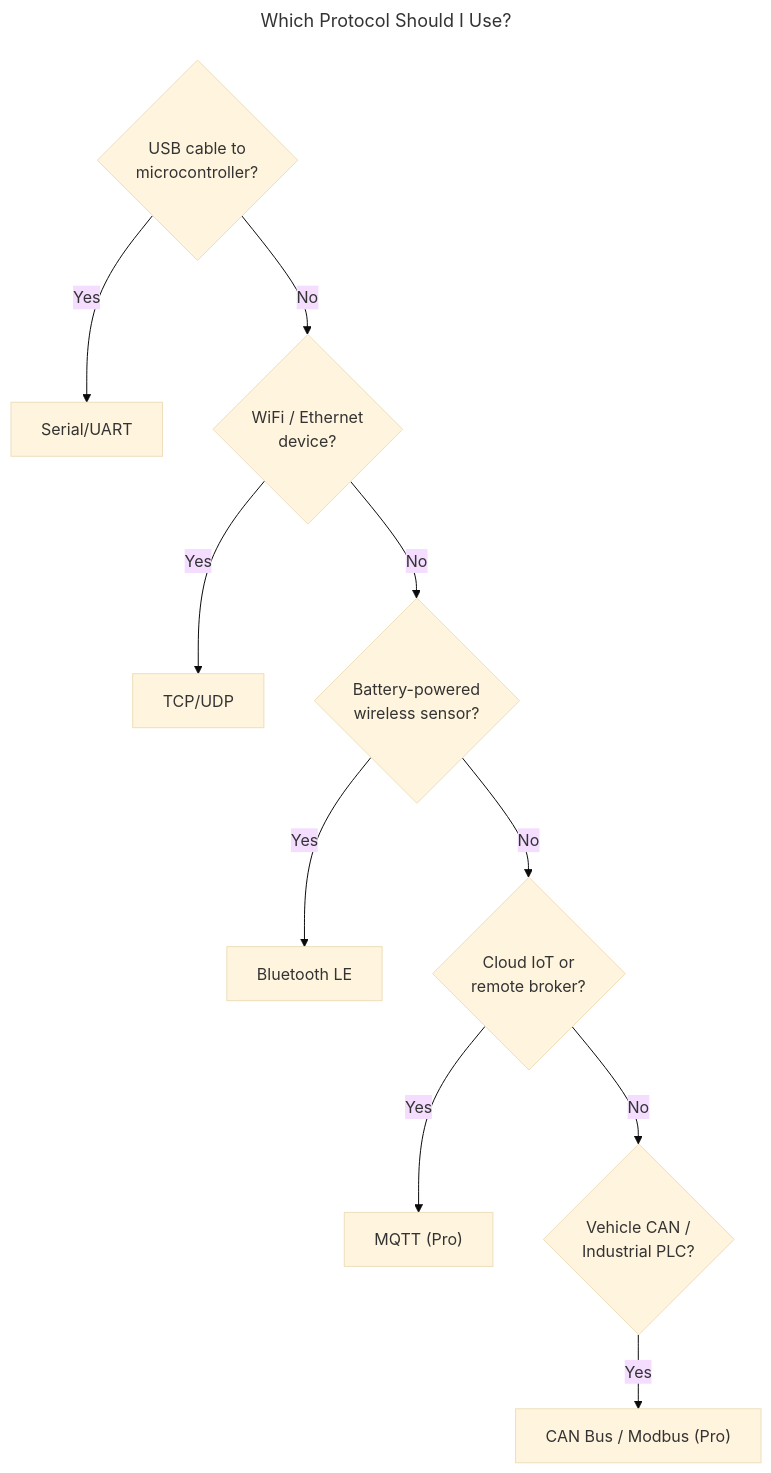
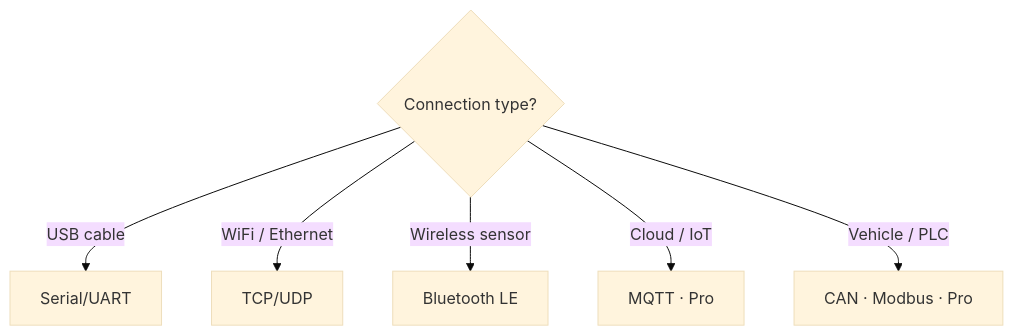
One commit to Serial-Studio/Serial-Studio changed the diagram in doc/help/Communication-Protocols.md. Above: the diagram before and after it, drawn with Mermaid (base theme). The commit also changed other lines of this file and 11 other files, not shown here.

````diff
--- a/doc/help/Communication-Protocols.md
+++ b/doc/help/Communication-Protocols.md
@@ -31,15 +9,9 @@
 ```mermaid
----
-title: Which Protocol Should I Use?
----
 flowchart TD
-  Q1{"USB cable to\nmicrocontroller?"} -->|Yes| A1["Serial/UART"]
-  Q1 -->|No| Q2{"WiFi / Ethernet\ndevice?"}
-  Q2 -->|Yes| A2["TCP/UDP"]
-  Q2 -->|No| Q3{"Battery-powered\nwireless sensor?"}
-  Q3 -->|Yes| A3["Bluetooth LE"]
-  Q3 -->|No| Q4{"Cloud IoT or\nremote broker?"}
-  Q4 -->|Yes| A4["MQTT (Pro)"]
-  Q4 -->|No| Q5{"Vehicle CAN /\nIndustrial PLC?"}
-  Q5 -->|Yes| A5["CAN Bus / Modbus (Pro)"]
+    Q{"Connection type?"}
+    Q -->|USB cable| A1["Serial/UART"]
+    Q -->|WiFi / Ethernet| A2["TCP/UDP"]
+    Q -->|Wireless sensor| A3["Bluetooth LE"]
+    Q -->|Cloud / IoT| A4["MQTT · Pro"]
+    Q -->|Vehicle / PLC| A5["CAN · Modbus · Pro"]
 ```
````
